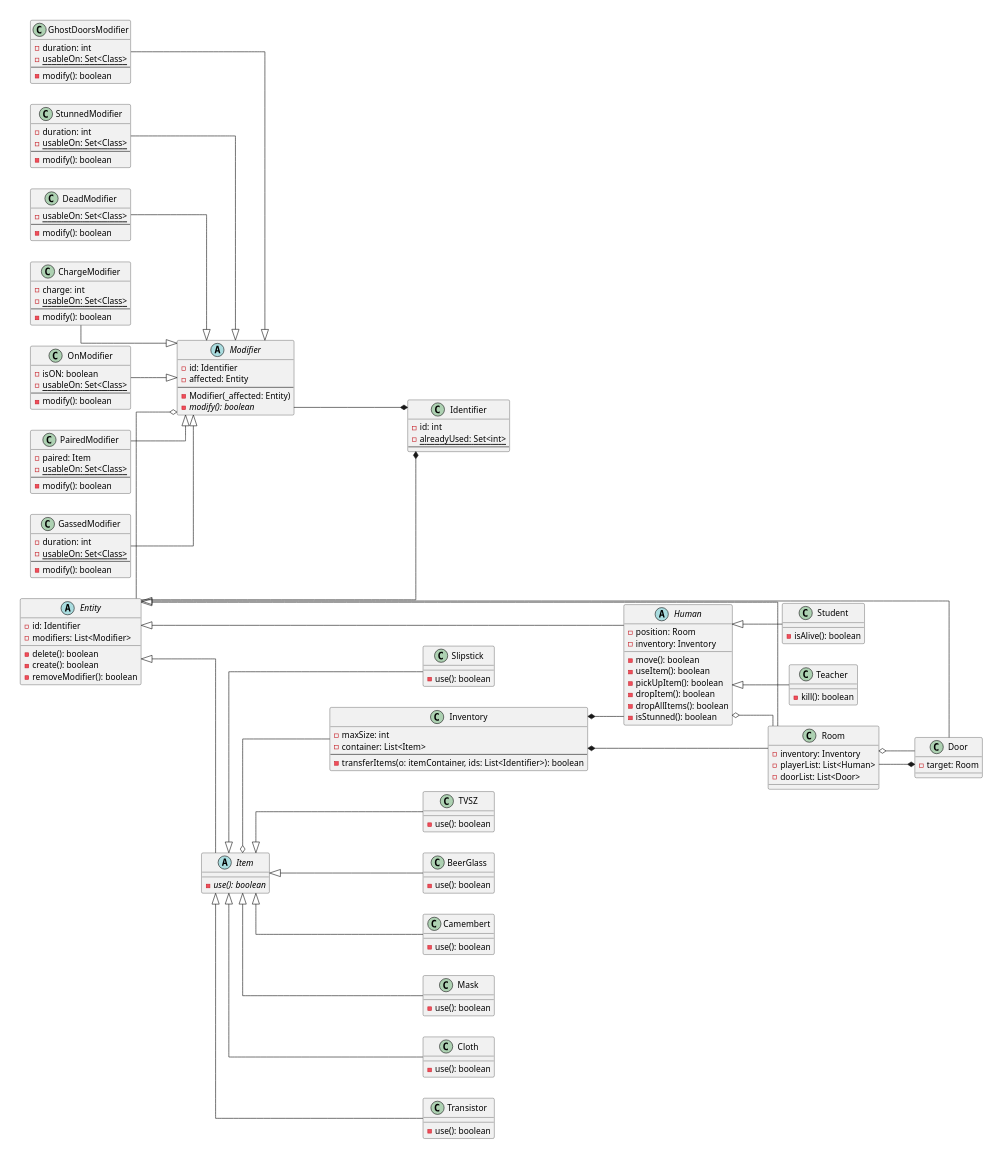
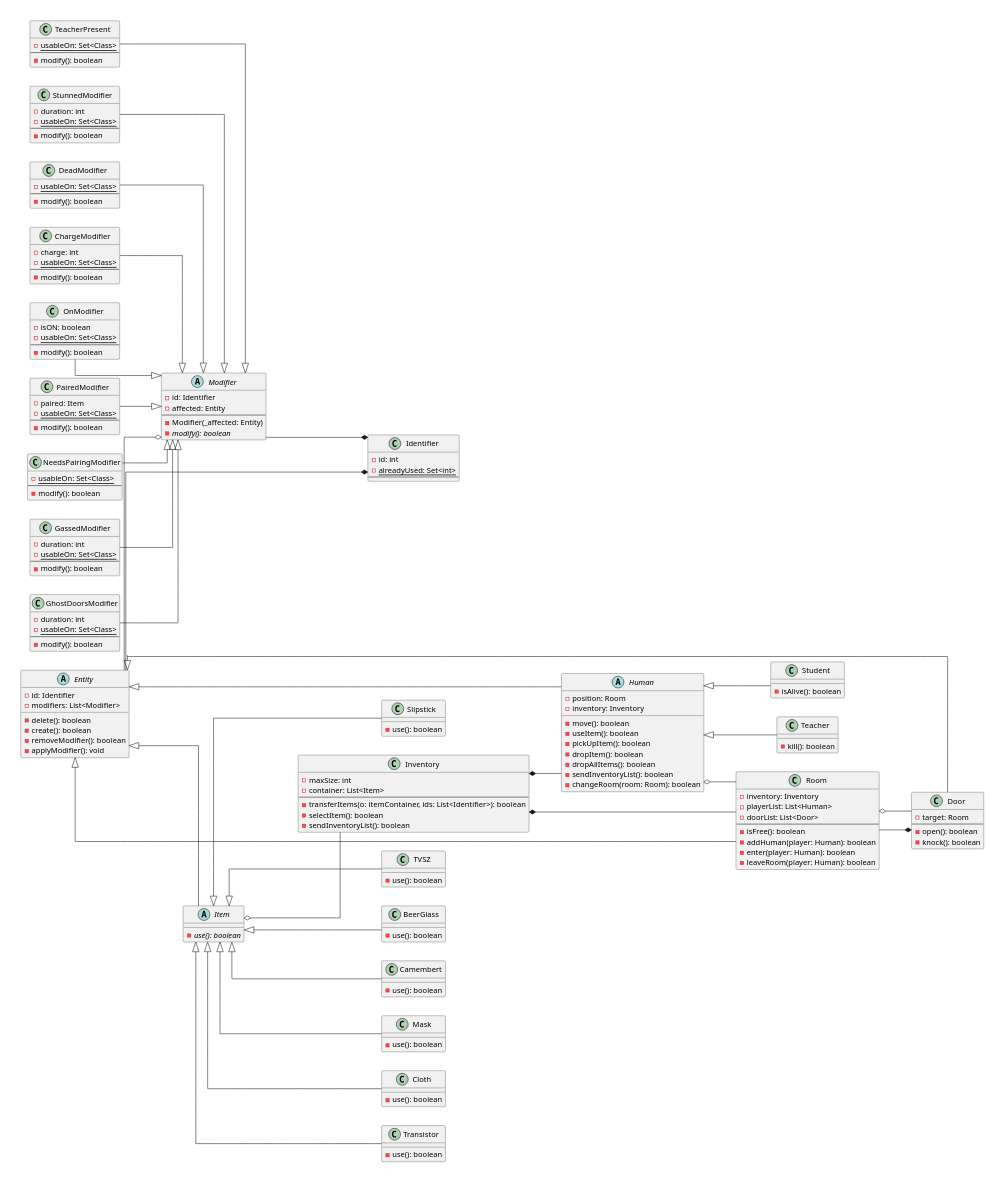
One commit to MysticMazeEducators/.github changed the diagram in resources/class_diagram/basic.puml. Above: the diagram before and after it, drawn with PlantUML. The commit also changed 5 other files, not shown here.

Commit message:
Added functions and modifiers to class diagram based on sequence diagrams

```diff
--- a/resources/class_diagram/basic.puml
+++ b/resources/class_diagram/basic.puml
@@ -1,174 +1,200 @@
 @startuml
 scale 500 width
 left to right direction
 skinparam linetype ortho
 
 class Identifier{
   -id: int
   -alreadyUsed: Set<int> {static}
   --
 }
 
 abstract class Modifier{
   -id: Identifier
   -affected: Entity
   --
   -Modifier(_affected: Entity)
   -modify(): boolean {abstract}
 }
 
 'Item modifiers
 class ChargeModifier{
   -charge: int
   -usableOn: Set<Class> {static}
   --
   -modify(): boolean
 }
 
 class OnModifier{
   -isON: boolean
   -usableOn: Set<Class> {static}
   --
   -modify(): boolean
 }
 
 class PairedModifier{
   -paired: Item
   -usableOn: Set<Class> {static}
   --
   -modify(): boolean
 }
 
+class NeedsPairingModifier{
+  -usableOn: Set<Class> {static}
+  --
+  -modify(): boolean
+}
+
 'Room modifiers
 class GassedModifier{
   -duration: int
   -usableOn: Set<Class> {static}
   --
   -modify(): boolean
 }
 
 class GhostDoorsModifier{
   -duration: int
+  -usableOn: Set<Class> {static}
+  --
+  -modify(): boolean
+}
+
+class TeacherPresent{
   -usableOn: Set<Class> {static}
   --
   -modify(): boolean
 }
 
 
 'Human modifiers
 class StunnedModifier{
   -duration: int
   -usableOn: Set<Class> {static}
   --
   -modify(): boolean
 }
 
 class DeadModifier{
   -usableOn: Set<Class> {static}
   --
   -modify(): boolean
 }
 
 abstract class Entity{
   -id: Identifier
   -modifiers: List<Modifier>
   __
   -delete(): boolean
   -create(): boolean
   -removeModifier(): boolean
+  -applyModifier(): void
 }
 
 abstract class Human{
   -position: Room
   -inventory: Inventory
   __
   -move(): boolean
   -useItem(): boolean
   -pickUpItem(): boolean
   -dropItem(): boolean
   -dropAllItems(): boolean
-  -isStunned(): boolean
+  -sendInventoryList(): boolean
+  -changeRoom(room: Room): boolean
 }
 class Student{
   -isAlive(): boolean
 }
 class Teacher{
   -kill(): boolean
 }
 abstract class Item{
   -use(): boolean {abstract}
 }
 class TVSZ{
   __
   -use(): boolean
 }
 class BeerGlass{
   __
   -use(): boolean
 }
 class Camembert{
   __
   -use(): boolean
 }
 class Mask{
   __
   -use(): boolean
 }
 class Cloth{
   __
   -use(): boolean
 }
 class Transistor{
   __
   -use(): boolean
 }
 class Slipstick{
   __
   -use(): boolean
 }
 class Door{
   -target: Room
+  --
+  -open(): boolean
+  -knock(): boolean
 }
 class Room{
  -inventory: Inventory
  -playerList: List<Human>
  -doorList: List<Door>
+ --
+ -isFree(): boolean
+ -addHuman(player: Human): boolean
+ -enter(player: Human): boolean
+ -leaveRoom(player: Human): boolean
 }
 class Inventory{
  -maxSize: int
  -container: List<Item>
  --
  -transferItems(o: itemContainer, ids: List<Identifier>): boolean
+ -selectItem(): boolean
+ -sendInventoryList(): boolean
 }
 
 ChargeModifier --|> Modifier
 OnModifier --|> Modifier
 GassedModifier --|> Modifier
 GhostDoorsModifier --|> Modifier
 StunnedModifier --|> Modifier
 DeadModifier --|> Modifier
 PairedModifier --|> Modifier
+TeacherPresent --|> Modifier
+NeedsPairingModifier --|> Modifier
 
 Modifier --* Identifier
 Entity --* Identifier
 Entity --o Modifier
 Entity <|-- Human
 Entity <|-- Item
 Entity <|-- Room
 Entity <|-- Door
 Human <|-- Student
 Human <|-- Teacher
 Inventory *-- Human
 Inventory *-- Room
 Item <|-- TVSZ
 Item <|-- BeerGlass
 Item <|-- Camembert
 Item <|-- Mask
 Item <|-- Cloth
 Item <|-- Transistor
 Item <|-- Slipstick
 Item o-- Inventory
 Door *-- Room
 Room o-- Door
 Human o-- Room
 @enduml
```
